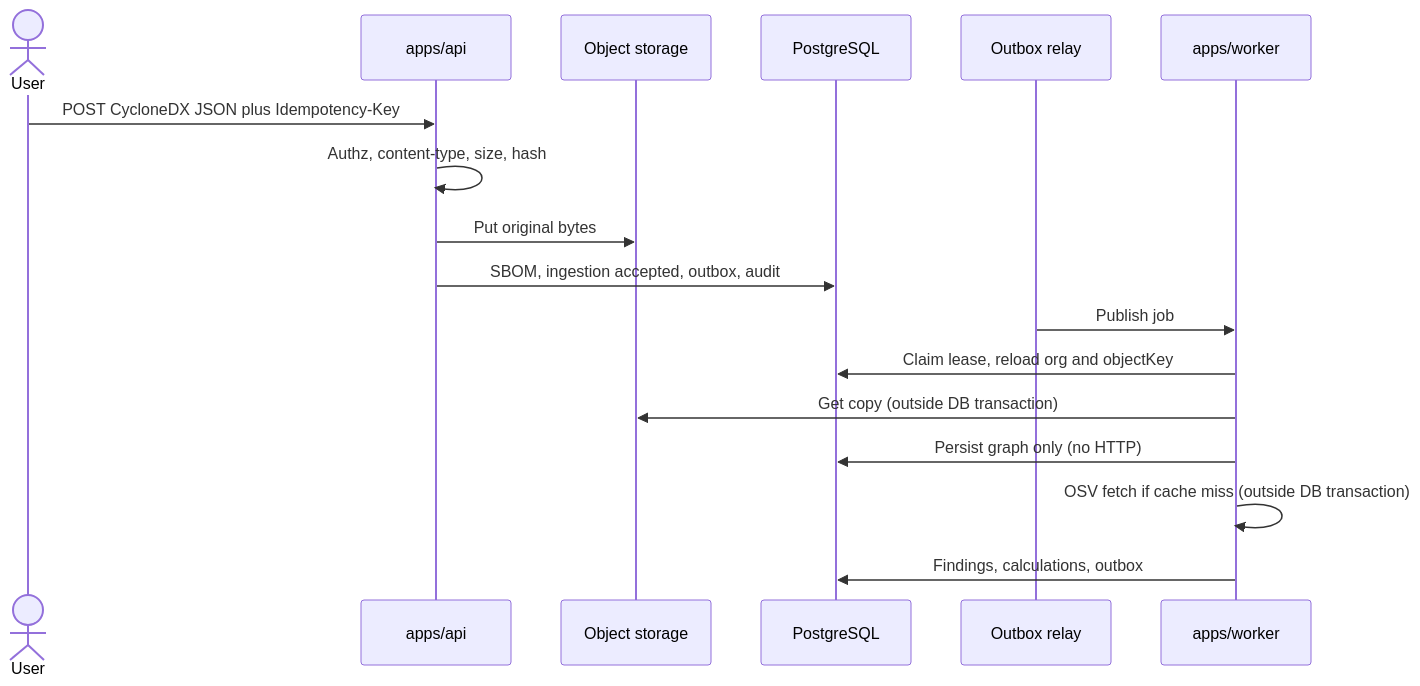
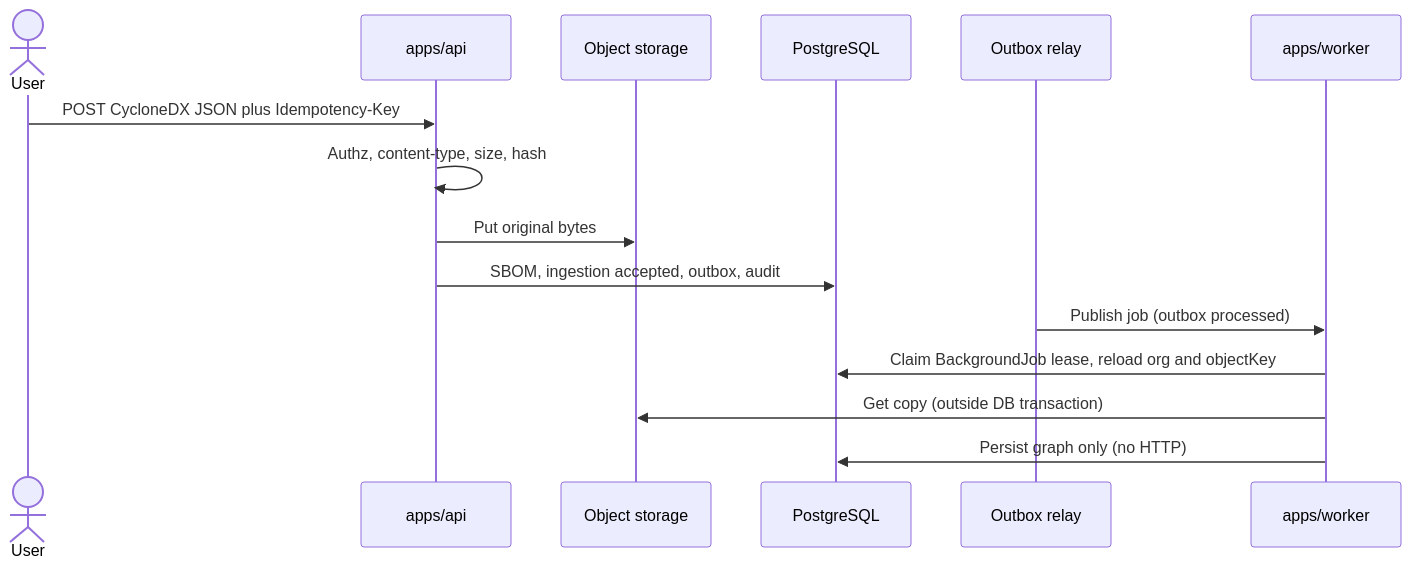
One commit to rudzy123/patchpilot changed the diagram in docs/architecture/sbom-ingestion.md. Above: the diagram before and after it, drawn with Mermaid. The commit also changed other lines of this file and 12 other files, not shown here.

Commit message:
docs(adr): record graph-complete SBOM ingestion semantics

````diff
--- a/docs/architecture/sbom-ingestion.md
+++ b/docs/architecture/sbom-ingestion.md
@@ -100,19 +141,17 @@
 ```mermaid
 sequenceDiagram
   actor User
   participant API as apps/api
   participant OS as Object storage
   participant PG as PostgreSQL
   participant Relay as Outbox relay
   participant W as apps/worker
   User->>API: POST CycloneDX JSON plus Idempotency-Key
   API->>API: Authz, content-type, size, hash
   API->>OS: Put original bytes
   API->>PG: SBOM, ingestion accepted, outbox, audit
-  Relay->>W: Publish job
-  W->>PG: Claim lease, reload org and objectKey
+  Relay->>W: Publish job (outbox processed)
+  W->>PG: Claim BackgroundJob lease, reload org and objectKey
   W->>OS: Get copy (outside DB transaction)
   W->>PG: Persist graph only (no HTTP)
-  W->>W: OSV fetch if cache miss (outside DB transaction)
-  W->>PG: Findings, calculations, outbox
 ```
````
